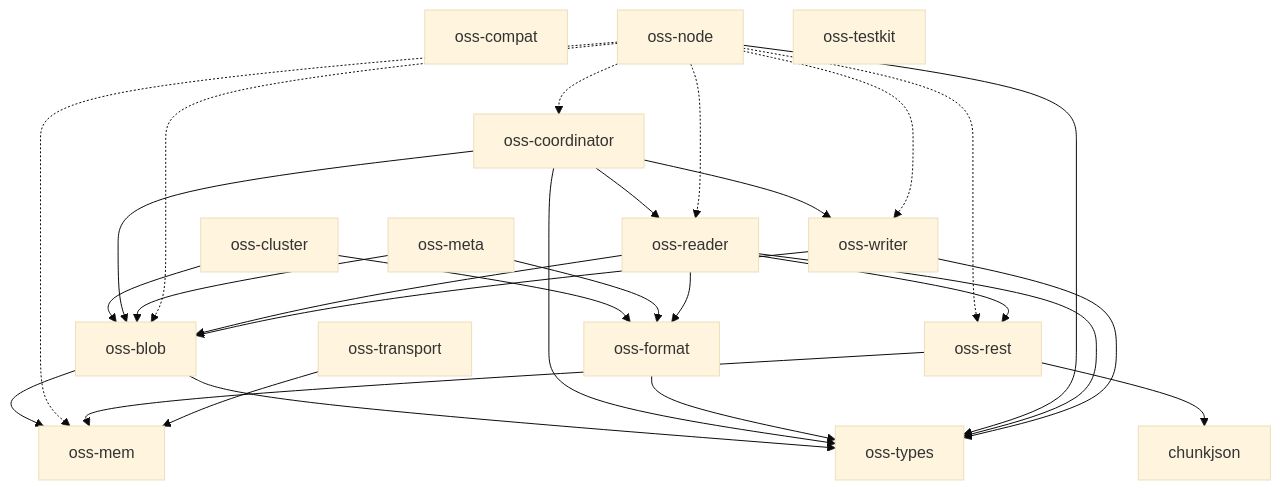
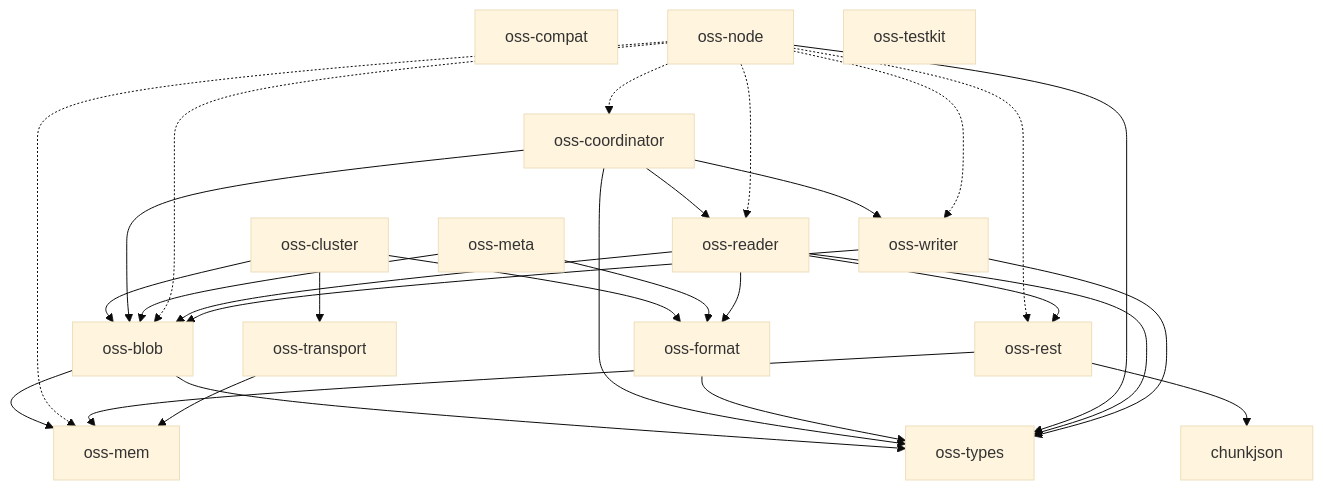
Before and after one commit to huyz0/opensearch-serverless: the diagram in docs/architecture.md, drawn with Mermaid (base theme). The commit also changed 40 other files, not shown here.

````diff
--- a/docs/architecture.md
+++ b/docs/architecture.md
@@ -10,35 +10,36 @@
 ```mermaid
 graph TD
     chunkjson
     oss-blob --> oss-mem
     oss-blob --> oss-types
     oss-cluster --> oss-blob
     oss-cluster --> oss-format
+    oss-cluster --> oss-transport
     oss-compat
     oss-coordinator --> oss-blob
     oss-coordinator --> oss-reader
     oss-coordinator --> oss-types
     oss-coordinator --> oss-writer
     oss-format --> oss-types
     oss-mem
     oss-meta --> oss-blob
     oss-meta --> oss-format
     oss-node -.-> oss-blob
     oss-node -.-> oss-coordinator
     oss-node -.-> oss-mem
     oss-node -.-> oss-reader
     oss-node -.-> oss-rest
     oss-node --> oss-types
     oss-node -.-> oss-writer
     oss-reader --> oss-blob
     oss-reader --> oss-format
     oss-reader --> oss-rest
     oss-reader --> oss-types
     oss-rest --> chunkjson
     oss-rest --> oss-mem
     oss-testkit
     oss-transport --> oss-mem
     oss-types
     oss-writer --> oss-blob
     oss-writer --> oss-types
 ```
````
